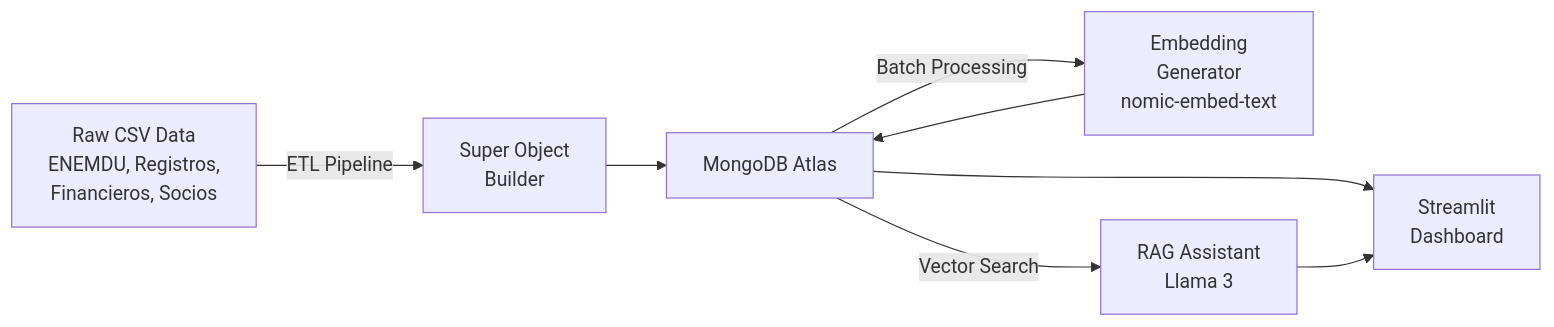
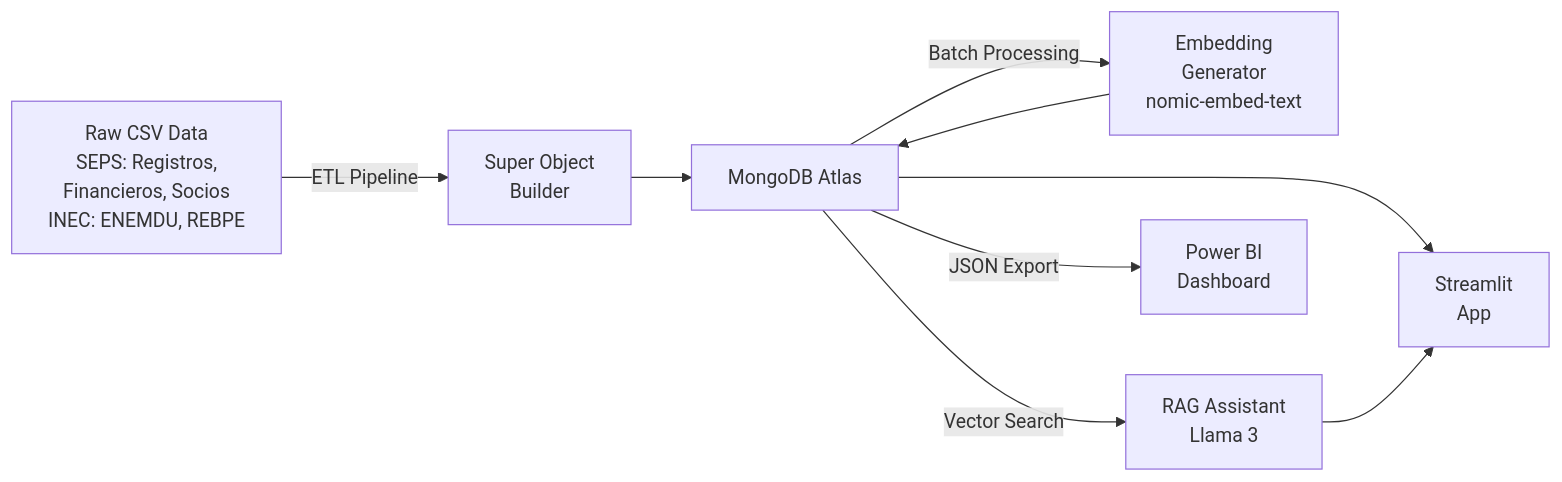
One commit to mariosaul/eps-ecuador-rag changed the diagram in README.md. Above: the diagram before and after it, drawn with Mermaid. The commit also changed other lines of this file, not shown here.

````diff
--- a/README.md
+++ b/README.md
@@ -28,17 +45,20 @@
 ```mermaid
 flowchart LR
     A["Raw CSV Data
-    ENEMDU, Registros,
-    Financieros, Socios"] -->|ETL Pipeline| B["Super Object
+    SEPS: Registros,
+    Financieros, Socios
+    INEC: ENEMDU, REBPE"] -->|ETL Pipeline| B["Super Object
     Builder"]
     B --> C["MongoDB Atlas"]
     C -->|Batch Processing| D["Embedding
     Generator
     nomic-embed-text"]
     D --> C
     C -->|Vector Search| E["RAG Assistant
     Llama 3"]
     C --> F["Streamlit
+    App"]
+    E --> F
+    C -->|JSON Export| G["Power BI
     Dashboard"]
-    E --> F
 ```
````
